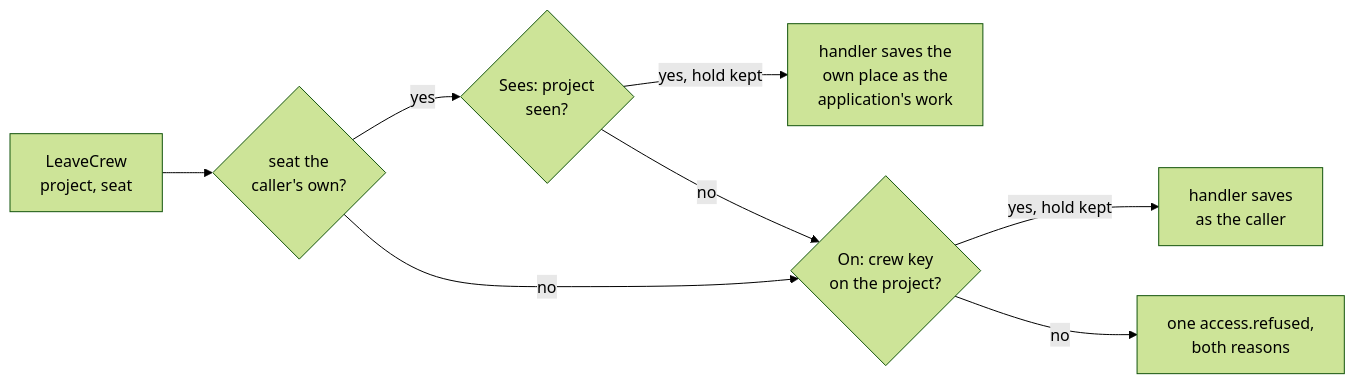
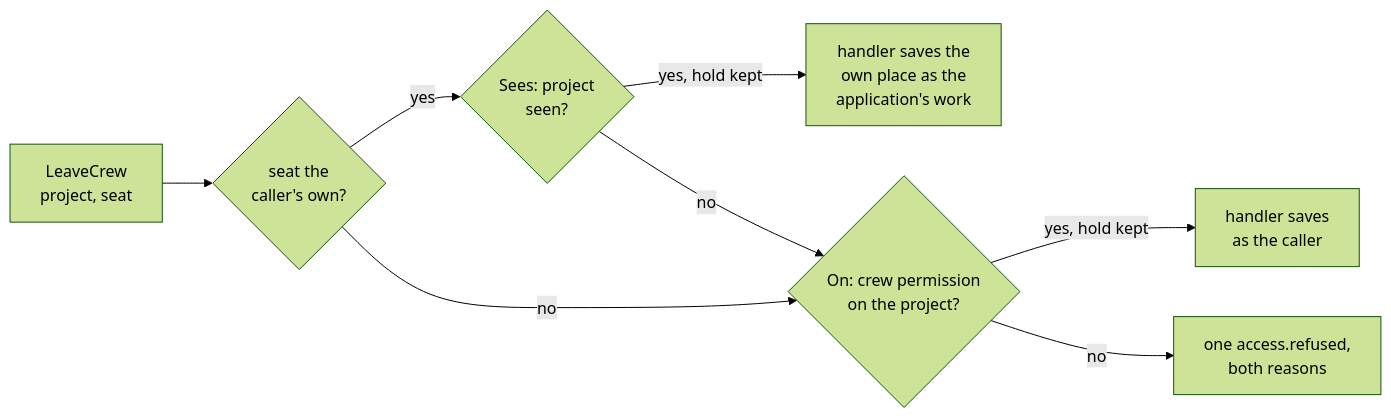
Before and after one commit to DylanSnel/DDDToolkit: the sixth of 10 diagrams in docs/access-requirements.md, drawn with Mermaid (forest theme). The commit also changed other lines of this file and 752 other files, not shown here.

````diff
--- a/docs/access-requirements.md
+++ b/docs/access-requirements.md
@@ -787,10 +787,10 @@
 ```mermaid
 flowchart LR
     Sent["LeaveCrew<br/>project, seat"] --> Own{"seat the<br/>caller's own?"}
     Own -- "yes" --> Sees{"Sees: project<br/>seen?"}
     Sees -- "yes, hold kept" --> Mine["handler saves the<br/>own place as the<br/>application's work"]
-    Own -- "no" --> Key{"On: crew key<br/>on the project?"}
-    Sees -- "no" --> Key
-    Key -- "yes, hold kept" --> Theirs["handler saves<br/>as the caller"]
-    Key -- "no" --> Refused["one access.refused,<br/>both reasons"]
+    Own -- "no" --> Permission{"On: crew permission<br/>on the project?"}
+    Sees -- "no" --> Permission
+    Permission -- "yes, hold kept" --> Theirs["handler saves<br/>as the caller"]
+    Permission -- "no" --> Refused["one access.refused,<br/>both reasons"]
 ```
````
